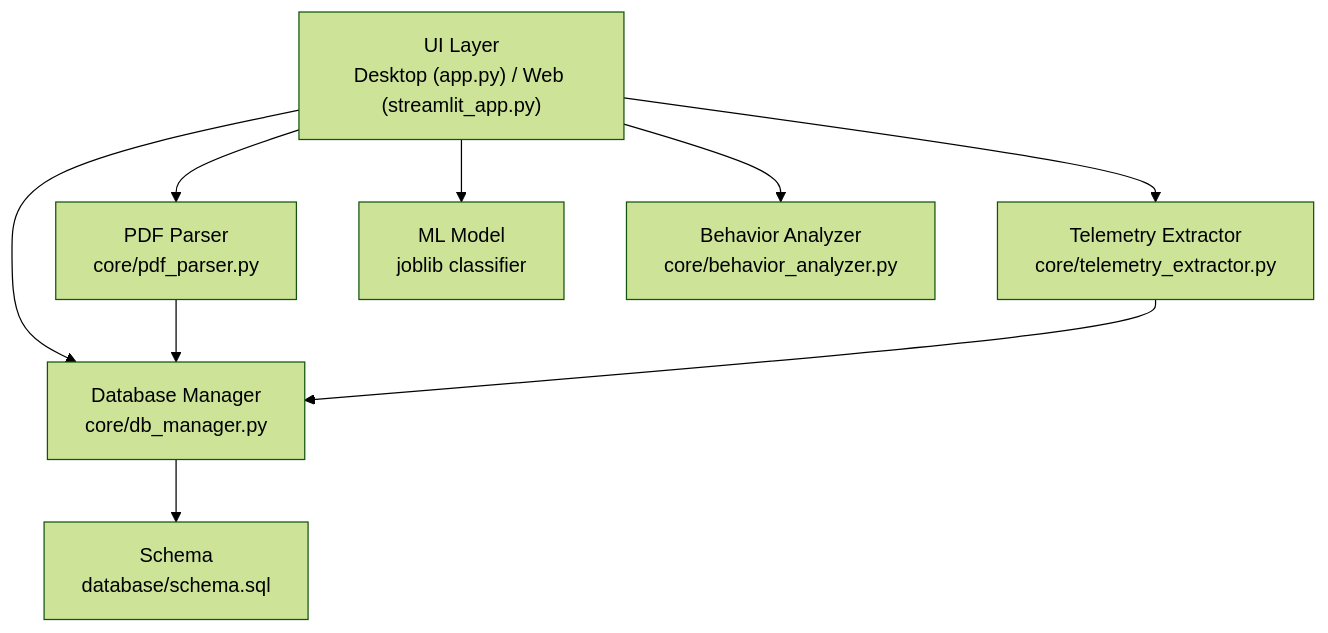
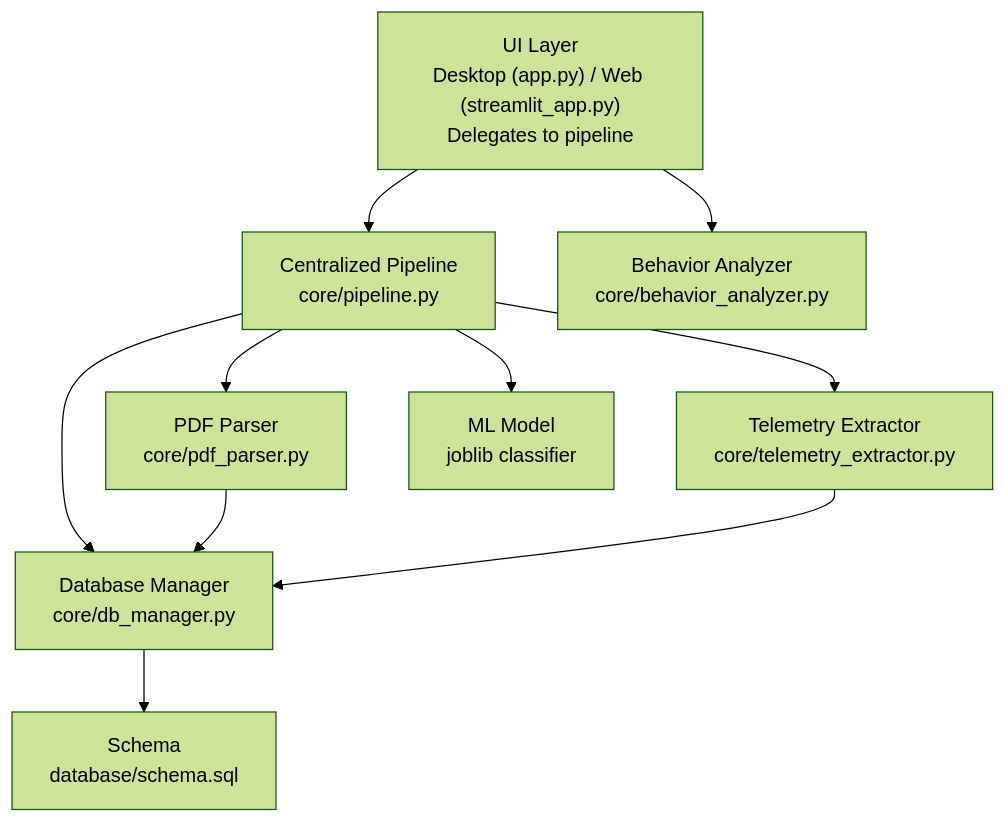
Before and after one commit to AgusCatra/Proyecto-titan.v2: the first of 7 diagrams in .qoder/repowiki/en/content/Desktop Application/Core Workflows and Operations/PDF Processing Workflow.md, drawn with Mermaid (forest theme). The commit also changed other lines of this file and 36 other files, not shown here.

````diff
--- a/.qoder/repowiki/en/content/Desktop Application/Core Workflows and Operations/PDF Processing Workflow.md
+++ b/.qoder/repowiki/en/content/Desktop Application/Core Workflows and Operations/PDF Processing Workflow.md
@@ -38,18 +48,20 @@
 ```mermaid
 graph TB
-UI["UI Layer<br/>Desktop (app.py) / Web (streamlit_app.py)"]
+UI["UI Layer<br/>Desktop (app.py) / Web (streamlit_app.py)<br/>Delegates to pipeline"]
+Pipeline["Centralized Pipeline<br/>core/pipeline.py"]
 Parser["PDF Parser<br/>core/pdf_parser.py"]
 Telemetry["Telemetry Extractor<br/>core/telemetry_extractor.py"]
 DB["Database Manager<br/>core/db_manager.py"]
 Schema["Schema<br/>database/schema.sql"]
 ML["ML Model<br/>joblib classifier"]
 Behavior["Behavior Analyzer<br/>core/behavior_analyzer.py"]
-UI --> Parser
-UI --> Telemetry
-UI --> DB
+UI --> Pipeline
+Pipeline --> Parser
+Pipeline --> Telemetry
+Pipeline --> DB
 Parser --> DB
 Telemetry --> DB
-UI --> ML
+Pipeline --> ML
 UI --> Behavior
 DB --> Schema
 ```
````
